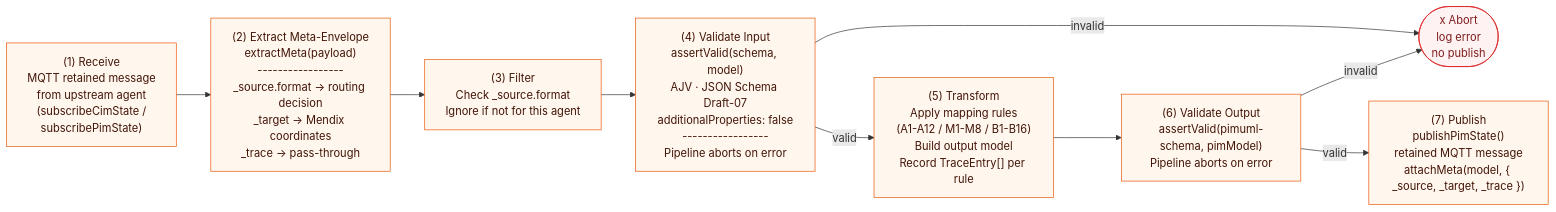
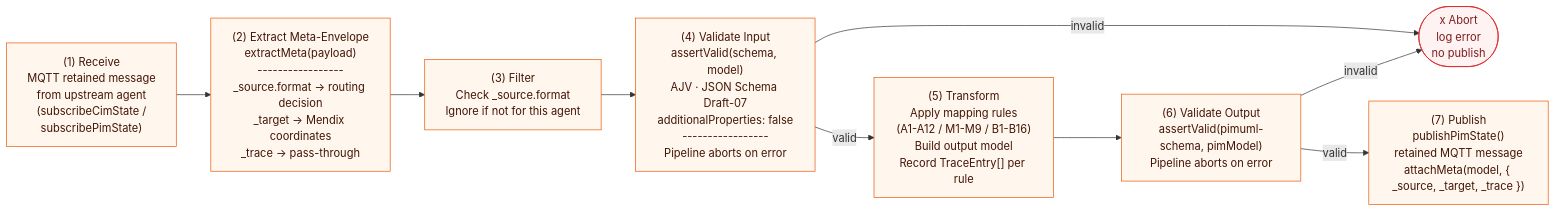
One commit to erikproper/demo-merode-mda-pipeline changed the second of 4 diagrams in thesis-notes/ARCHITECTURE.md. Above: the diagram before and after it, drawn with Mermaid. The commit also changed other lines of this file and 1 other file, not shown here.

Commit message:
docs: fix stale M-rule/B-rule references and env var name in ARCHITECTURE.md and REQUIREMENTS.md

````diff
--- a/thesis-notes/ARCHITECTURE.md
+++ b/thesis-notes/ARCHITECTURE.md
@@ -101,28 +101,28 @@
 ```mermaid
 flowchart LR
     classDef step fill:#fff7ed,stroke:#ea580c,color:#431407
     classDef data fill:#f0fdf4,stroke:#16a34a,color:#14532d
     classDef err  fill:#fef2f2,stroke:#dc2626,color:#7f1d1d
 
     RECV["(1) Receive\nMQTT retained message\nfrom upstream agent\n(subscribeCimState /\nsubscribePimState)"]:::step
 
     META["(2) Extract Meta-Envelope\nextractMeta(payload)\n-----------------\n_source.format -> routing decision\n_target -> Mendix coordinates\n_trace -> pass-through"]:::step
 
     FILTER["(3) Filter\nCheck _source.format\nIgnore if not for this agent"]:::step
 
     VAL_IN["(4) Validate Input\nassertValid(schema, model)\nAJV · JSON Schema Draft-07\nadditionalProperties: false\n-----------------\nPipeline aborts on error"]:::step
 
-    TRANSFORM["(5) Transform\nApply mapping rules\n(A1-A12 / M1-M8 / B1-B16)\nBuild output model\nRecord TraceEntry[] per rule"]:::step
+    TRANSFORM["(5) Transform\nApply mapping rules\n(A1-A12 / M1-M9 / B1-B16)\nBuild output model\nRecord TraceEntry[] per rule"]:::step
 
     VAL_OUT["(6) Validate Output\nassertValid(pimuml-schema, pimModel)\nPipeline aborts on error"]:::step
 
     PUBLISH["(7) Publish\npublishPimState()\nretained MQTT message\nattachMeta(model, { _source, _target, _trace })"]:::step
 
     ABORT(["x Abort\nlog error\nno publish"]):::err
 
     RECV --> META --> FILTER --> VAL_IN
     VAL_IN -->|"invalid"| ABORT
     VAL_IN -->|"valid"| TRANSFORM --> VAL_OUT
     VAL_OUT -->|"invalid"| ABORT
     VAL_OUT -->|"valid"| PUBLISH
 ```
````
